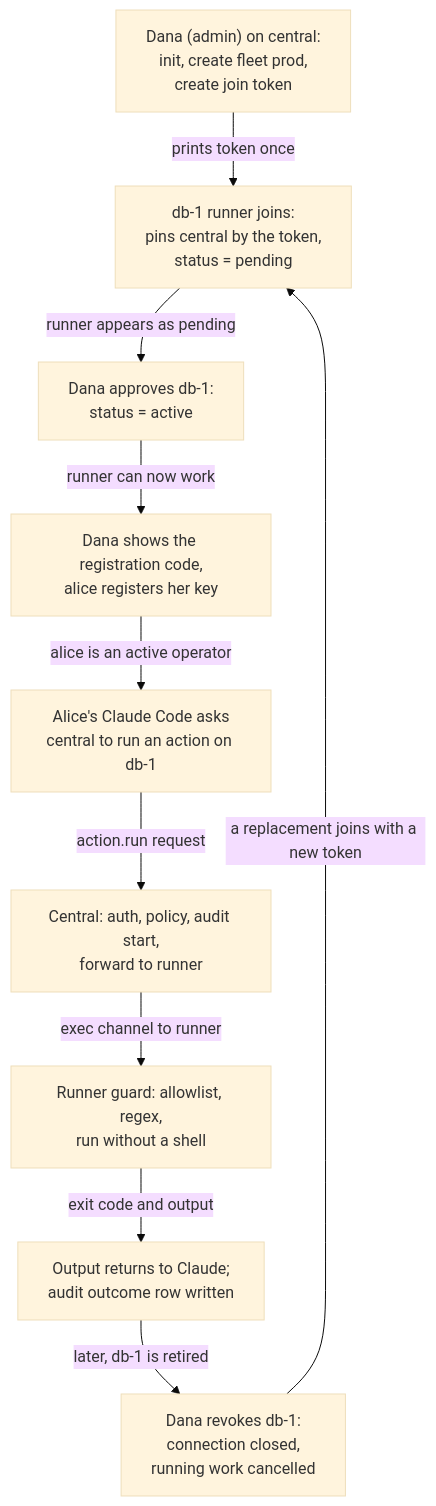
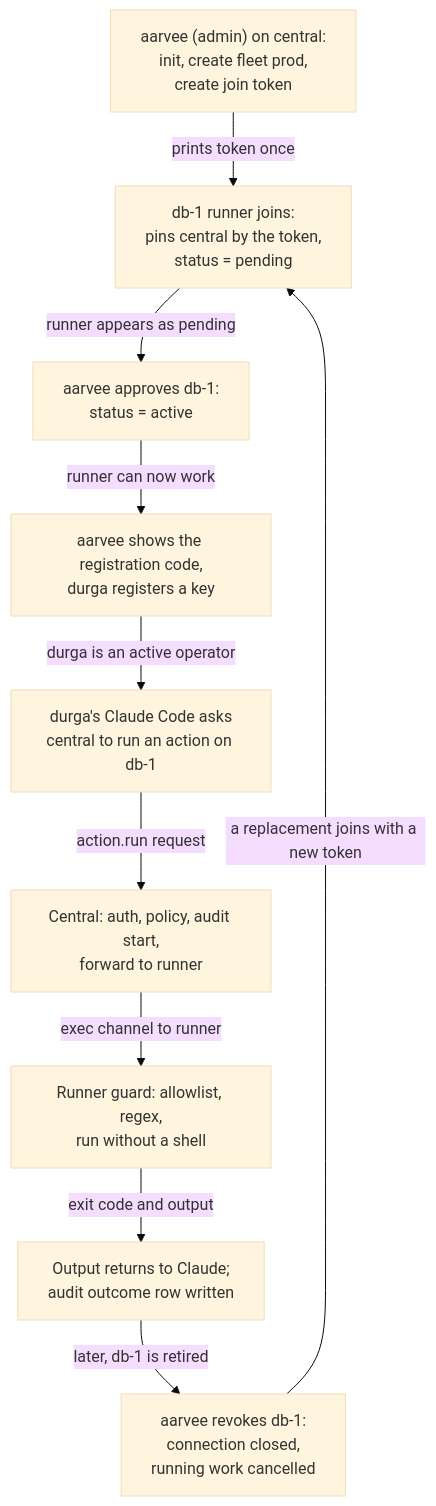
Before and after one commit to mirastacklabs-ai/mirafleet: the diagram in docs/guide/01-what-is-mirafleet.md, drawn with Mermaid (base theme). The commit also changed other lines of this file and 29 other files, not shown here.

````diff
--- a/docs/guide/01-what-is-mirafleet.md
+++ b/docs/guide/01-what-is-mirafleet.md
@@ -222,22 +226,22 @@
 ```mermaid
 flowchart TD
-    A["Dana (admin) on central:<br/>init, create fleet prod,<br/>create join token"]
+    A["aarvee (admin) on central:<br/>init, create fleet prod,<br/>create join token"]
     B["db-1 runner joins:<br/>pins central by the token,<br/>status = pending"]
-    C["Dana approves db-1:<br/>status = active"]
-    D["Dana shows the registration code,<br/>alice registers her key"]
-    E["Alice's Claude Code asks<br/>central to run an action on db-1"]
+    C["aarvee approves db-1:<br/>status = active"]
+    D["aarvee shows the registration code,<br/>durga registers a key"]
+    E["durga's Claude Code asks<br/>central to run an action on db-1"]
     F["Central: auth, policy, audit start,<br/>forward to runner"]
     G["Runner guard: allowlist, regex,<br/>run without a shell"]
     H["Output returns to Claude;<br/>audit outcome row written"]
-    I["Dana revokes db-1:<br/>connection closed,<br/>running work cancelled"]
+    I["aarvee revokes db-1:<br/>connection closed,<br/>running work cancelled"]
 
     A -->|"prints token once"| B
     B -->|"runner appears as pending"| C
     C -->|"runner can now work"| D
-    D -->|"alice is an active operator"| E
+    D -->|"durga is an active operator"| E
     E -->|"action.run request"| F
     F -->|"exec channel to runner"| G
     G -->|"exit code and output"| H
     H -->|"later, db-1 is retired"| I
     I -->|"a replacement joins with a new token"| B
 ```
````
